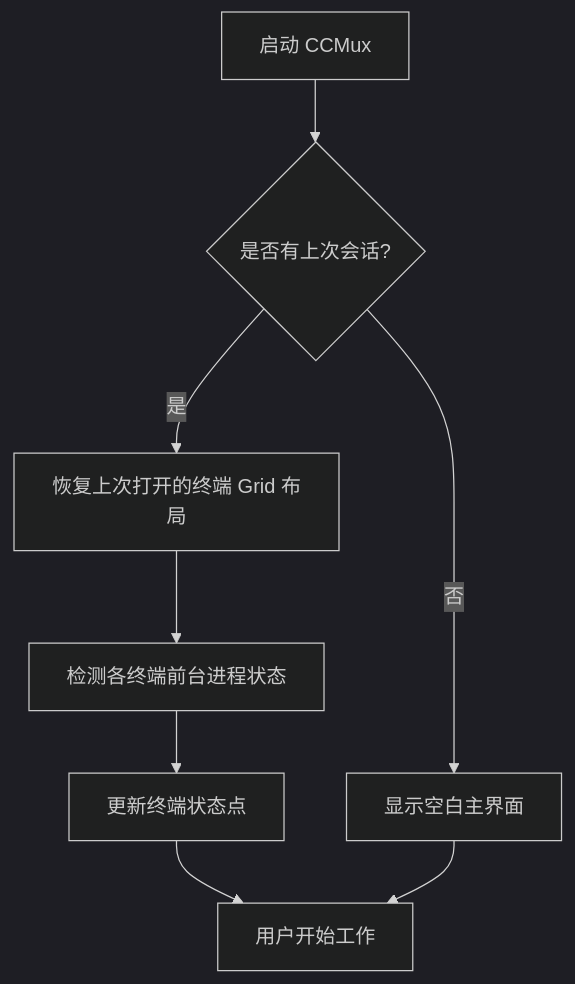
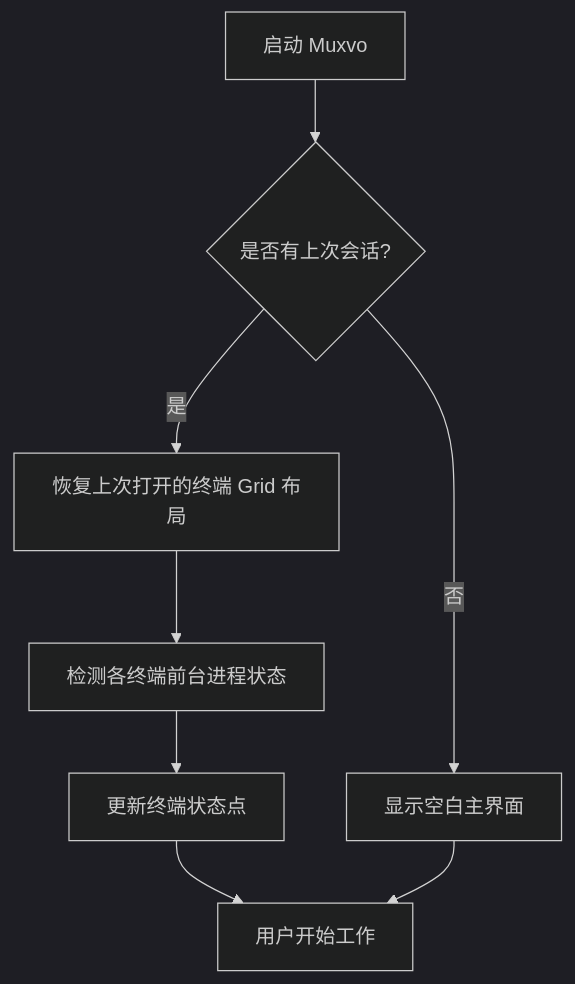
The first of 26 diagrams in PRD.md (muxvo/muxvo), drawn with Mermaid (dark theme) before and after one commit. The commit also changed other lines of this file and 1 other file, not shown here.

````diff
--- a/PRD.md
+++ b/PRD.md
@@ -299,10 +330,10 @@
 ```mermaid
 flowchart TD
-    A[启动 CCMux] --> B{是否有上次会话?}
+    A[启动 Muxvo] --> B{是否有上次会话?}
     B -->|是| C[恢复上次打开的终端 Grid 布局]
     B -->|否| D[显示空白主界面]
     C --> E[检测各终端前台进程状态]
     E --> F[更新终端状态点]
     F --> G[用户开始工作]
     D --> G
 ```
````
